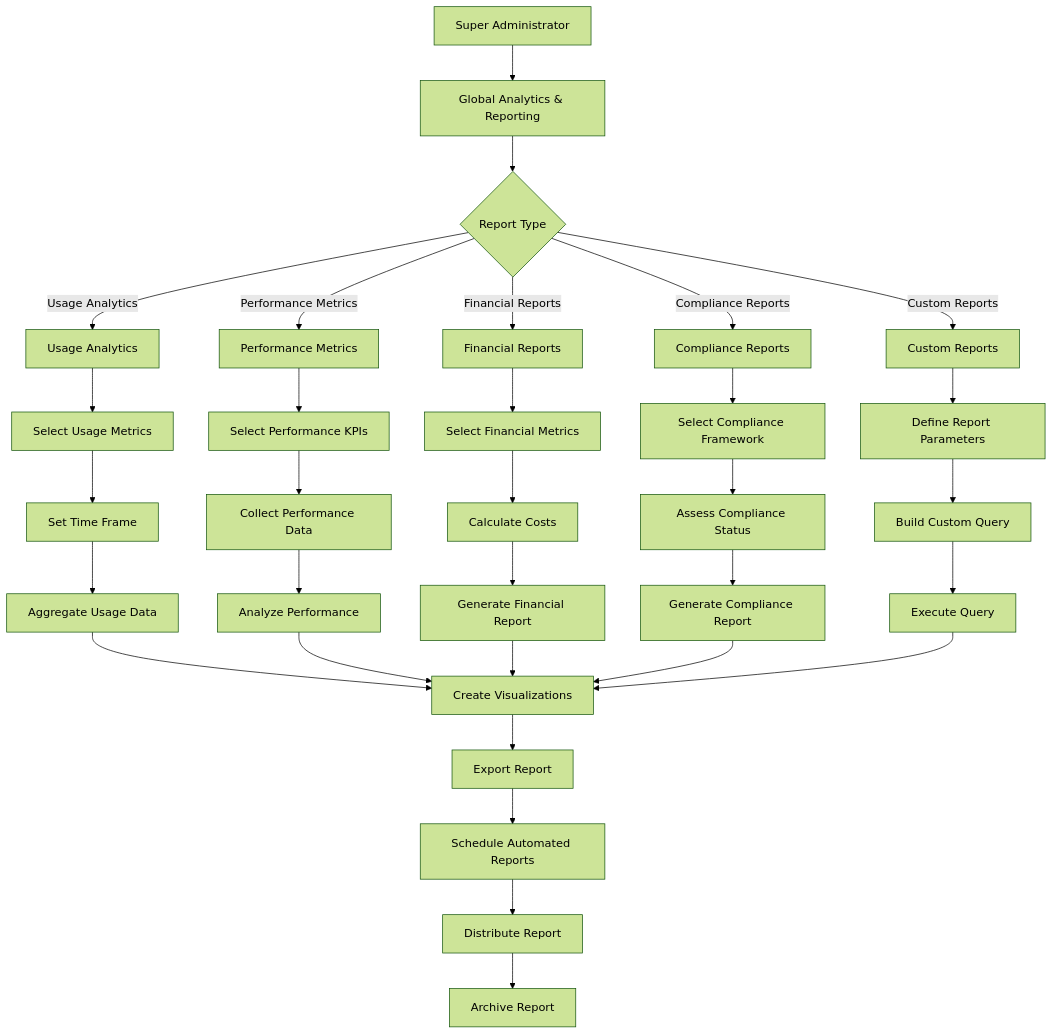
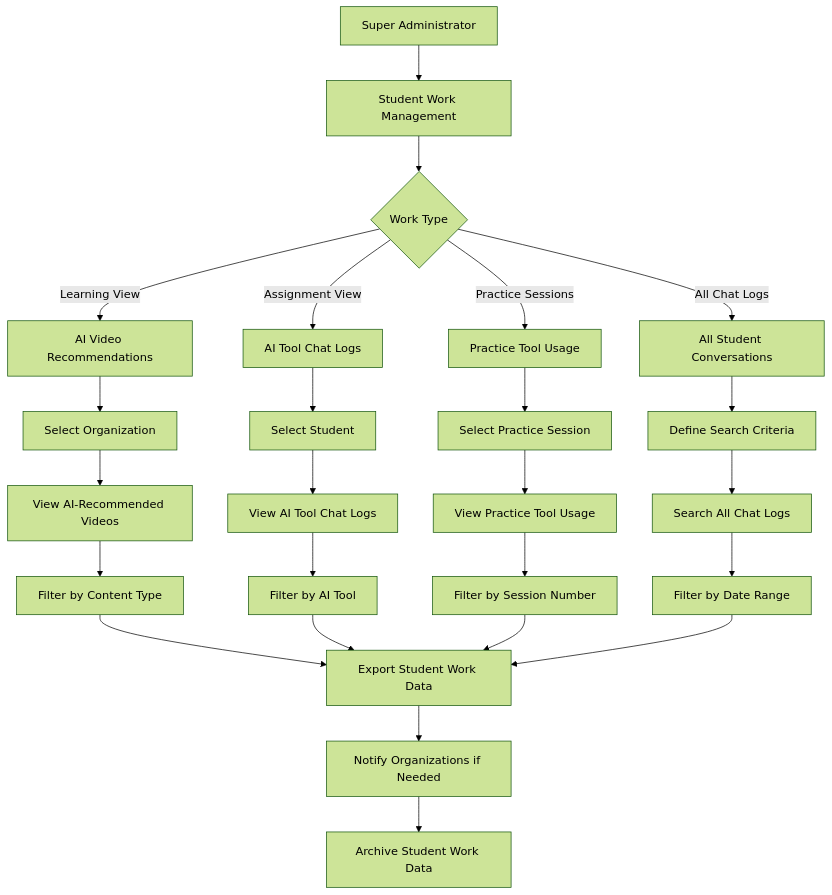
Before and after one commit to pzcuongnextchain/ai-smartlearn2-docs: diagram 18 of 23 in ai-smart-learning-renewal/super-admin/global-data-management/flows-and-diagrams.md, drawn with Mermaid (forest theme). The commit also changed other lines of this file and 4 other files, not shown here.

````diff
--- a/ai-smart-learning-renewal/super-admin/global-data-management/flows-and-diagrams.md
+++ b/ai-smart-learning-renewal/super-admin/global-data-management/flows-and-diagrams.md
@@ -557,42 +538,33 @@
 ```mermaid
 flowchart TD
-    SA[Super Administrator] --> GAR[Global Analytics & Reporting]
-    GAR --> RT{Report Type}
+    SA[Super Administrator] --> SWM[Student Work Management]
+    SWM --> WT{Work Type}
     
-    RT -->|Usage Analytics| UsageFlow[Usage Analytics]
-    RT -->|Performance Metrics| PerfFlow[Performance Metrics]
-    RT -->|Financial Reports| FinFlow[Financial Reports]
-    RT -->|Compliance Reports| CompFlow[Compliance Reports]
-    RT -->|Custom Reports| CustomFlow[Custom Reports]
+    WT -->|Learning View| LearningFlow[AI Video Recommendations]
+    WT -->|Assignment View| AssignmentFlow[AI Tool Chat Logs]
+    WT -->|Practice Sessions| PracticeFlow[Practice Tool Usage]
+    WT -->|All Chat Logs| ChatFlow[All Student Conversations]
     
-    UsageFlow --> SelectMetrics[Select Usage Metrics]
-    SelectMetrics --> SetTimeframe[Set Time Frame]
-    SetTimeframe --> AggregateData[Aggregate Usage Data]
+    LearningFlow --> SelectOrg[Select Organization]
+    AssignmentFlow --> SelectStudent[Select Student]
+    PracticeFlow --> SelectSession[Select Practice Session]
+    ChatFlow --> SearchCriteria[Define Search Criteria]
     
-    PerfFlow --> SelectKPIs[Select Performance KPIs]
-    SelectKPIs --> CollectMetrics[Collect Performance Data]
-    CollectMetrics --> AnalyzePerformance[Analyze Performance]
+    SelectOrg --> ViewVideos[View AI-Recommended Videos]
+    SelectStudent --> ViewChatLogs[View AI Tool Chat Logs]
+    SelectSession --> ViewPractice[View Practice Tool Usage]
+    SearchCriteria --> SearchChats[Search All Chat Logs]
     
-    FinFlow --> SelectFinMetrics[Select Financial Metrics]
-    SelectFinMetrics --> CalculateCosts[Calculate Costs]
-    CalculateCosts --> GenerateFinReport[Generate Financial Report]
+    ViewVideos --> FilterContent[Filter by Content Type]
+    ViewChatLogs --> FilterByTool[Filter by AI Tool]
+    ViewPractice --> FilterBySession[Filter by Session Number]
+    SearchChats --> FilterByDate[Filter by Date Range]
     
-    CompFlow --> SelectCompliance[Select Compliance Framework]
-    SelectCompliance --> AssessCompliance[Assess Compliance Status]
-    AssessCompliance --> GenerateCompReport[Generate Compliance Report]
+    FilterContent --> ExportData[Export Student Work Data]
+    FilterByTool --> ExportData
+    FilterBySession --> ExportData
+    FilterByDate --> ExportData
     
-    CustomFlow --> DefineParameters[Define Report Parameters]
-    DefineParameters --> BuildQuery[Build Custom Query]
-    BuildQuery --> ExecuteQuery[Execute Query]
-    
-    AggregateData --> VisualizeData[Create Visualizations]
-    AnalyzePerformance --> VisualizeData
-    GenerateFinReport --> VisualizeData
-    GenerateCompReport --> VisualizeData
-    ExecuteQuery --> VisualizeData
-    
-    VisualizeData --> ExportReport[Export Report]
-    ExportReport --> ScheduleReport[Schedule Automated Reports]
-    ScheduleReport --> DistributeReport[Distribute Report]
-    DistributeReport --> ArchiveReport[Archive Report]
+    ExportData --> NotifyOrgs[Notify Organizations if Needed]
+    NotifyOrgs --> ArchiveData[Archive Student Work Data]
 ```
````
